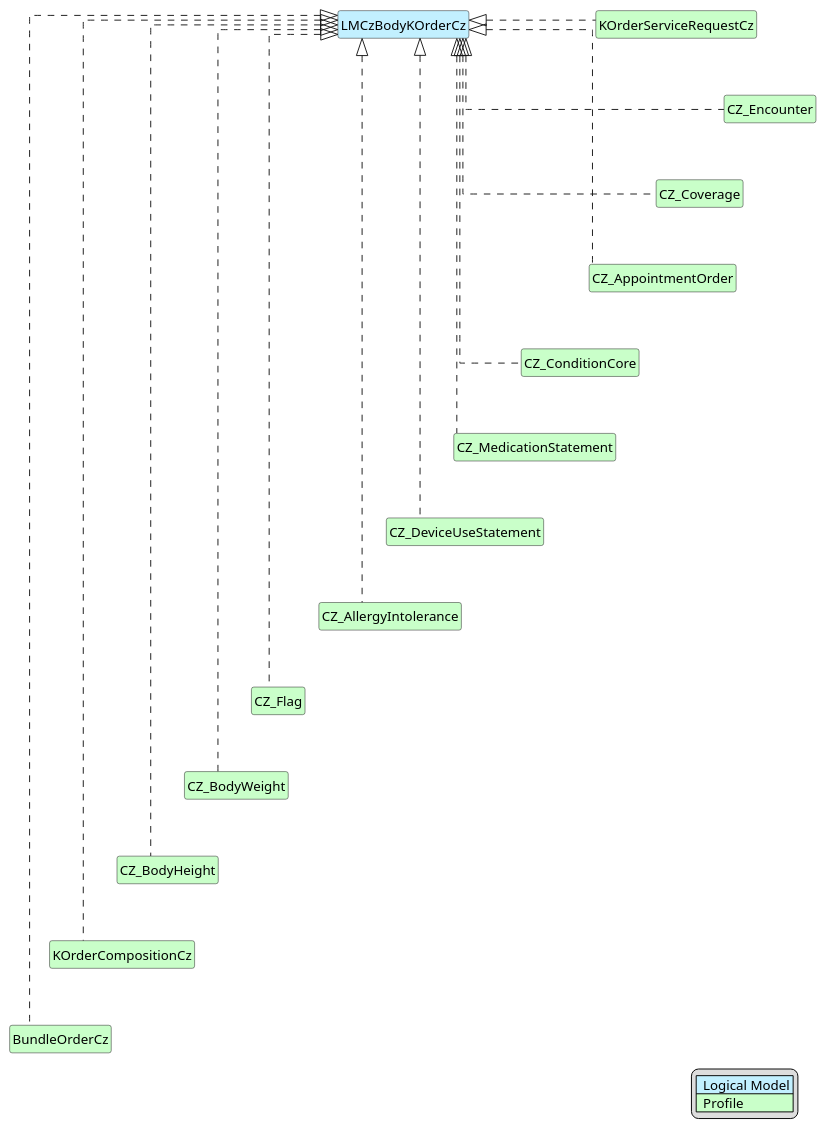
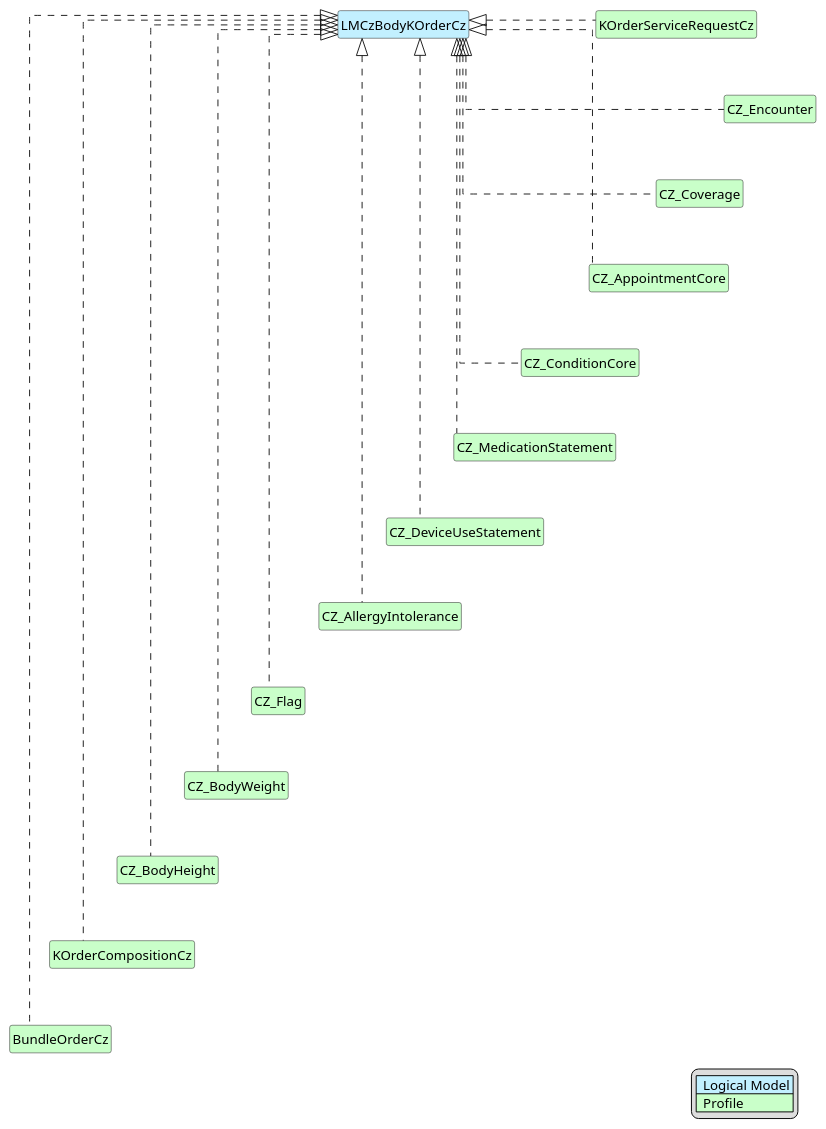
One commit to HL7-cz/k-order changed the diagram in input/images-source/K-Body-map.plantuml. Above: the diagram before and after it, drawn with PlantUML. The commit also changed 30 other files, not shown here.

```diff
--- a/input/images-source/K-Body-map.plantuml
+++ b/input/images-source/K-Body-map.plantuml
@@ -1,73 +1,73 @@
 @startuml
 
 hide circle
 hide stereotype
 hide members
 hide methods
 
 skinparam linetype ortho
 
 skinparam class {
 BackgroundColor<<LogicalModel>> #APPLICATION
 BackgroundColor<<Profile>> #TECHNOLOGY
 }
 
 legend right
 | <#APPLICATION>  Logical Model |
 | <#TECHNOLOGY>  Profile |
 endlegend
 
 class "LMCzBodyKOrderCz" <<LogicalModel>> [[StructureDefinition-LMBodyKOrder.html]]
 
 class "KOrderServiceRequestCz" <<Profile>> [[StructureDefinition-KOrderServiceRequestCz.html]]
 "LMCzBodyKOrderCz" <|. "KOrderServiceRequestCz"
 
 class "CZ_Encounter" <<Profile>> [[https://hl7.cz/fhir/core/StructureDefinition-encounter-cz-core.html]]
 "LMCzBodyKOrderCz" <|. "CZ_Encounter"
 "KOrderServiceRequestCz" -d[hidden]-> "CZ_Encounter"
 
 class "CZ_Coverage" <<Profile>> [[https://hl7.cz/fhir/core/StructureDefinition-cz-coverage.html]]
 "LMCzBodyKOrderCz" <|. "CZ_Coverage"
 "CZ_Encounter" -d[hidden]-> "CZ_Coverage"
 
-class "CZ_AppointmentOrder" <<Profile>> [[StructureDefinition-cz-appointmentOrder.html]]
-"LMCzBodyKOrderCz" <|. "CZ_AppointmentOrder"
-"CZ_Coverage" -d[hidden]-> "CZ_AppointmentOrder"
+class "CZ_AppointmentCore" <<Profile>> [[https://hl7.cz/fhir/core/StructureDefinition-appointment-cz-core.html]]
+"LMCzBodyKOrderCz" <|. "CZ_AppointmentCore"
+"CZ_Coverage" -d[hidden]-> "CZ_AppointmentCore"
 
 class "CZ_ConditionCore" <<Profile>> [[https://hl7.cz/fhir/core/StructureDefinition-condition-cz-core.html]]
 "LMCzBodyKOrderCz" <|. "CZ_ConditionCore"
-"CZ_AppointmentOrder" -d[hidden]-> "CZ_ConditionCore"
+"CZ_AppointmentCore" -d[hidden]-> "CZ_ConditionCore"
 
 class "CZ_MedicationStatement" <<Profile>> [[https://hl7.cz/fhir/core/StructureDefinition-medicationStatement-cz-core.html]]
 "LMCzBodyKOrderCz" <|. "CZ_MedicationStatement"
 "CZ_ConditionCore" -d[hidden]-> "CZ_MedicationStatement"
 
 class "CZ_DeviceUseStatement" <<Profile>> [[StructureDefinition-cz-deviceUseStatement.html]]
 "LMCzBodyKOrderCz" <|. "CZ_DeviceUseStatement"
 "CZ_MedicationStatement" -d[hidden]-> "CZ_DeviceUseStatement"
 
 class "CZ_AllergyIntolerance" <<Profile>> [[https://hl7.cz/fhir/core/StructureDefinition-allergyIntolerance-cz-core.html]]
 "LMCzBodyKOrderCz" <|. "CZ_AllergyIntolerance"
 "CZ_DeviceUseStatement" -d[hidden]-> "CZ_AllergyIntolerance"
 
 class "CZ_Flag" <<Profile>> [[StructureDefinition-cz-flag.html]]
 "LMCzBodyKOrderCz" <|. "CZ_Flag"
 "CZ_AllergyIntolerance" -d[hidden]-> "CZ_Flag"
 
 class "CZ_BodyWeight" <<Profile>> [[StructureDefinition-cz-bodyweight.html]]
 "LMCzBodyKOrderCz" <|. "CZ_BodyWeight"
 "CZ_Flag" -d[hidden]-> "CZ_BodyWeight"
 
 class "CZ_BodyHeight" <<Profile>> [[StructureDefinition-cz-bodyheight.html]]
 "LMCzBodyKOrderCz" <|. "CZ_BodyHeight"
 "CZ_BodyWeight" -d[hidden]-> "CZ_BodyHeight"
 
 class "KOrderCompositionCz" <<Profile>> [[StructureDefinition-KOrderCompositionCz.html]]
 "LMCzBodyKOrderCz" <|. "KOrderCompositionCz"
 "CZ_BodyHeight" -d[hidden]-> "KOrderCompositionCz"
 
 class "BundleOrderCz" <<Profile>> [[StructureDefinition-BundleOrderCz.html]]
 "LMCzBodyKOrderCz" <|. "BundleOrderCz"
 "KOrderCompositionCz" -d[hidden]-> "BundleOrderCz"
 
 @enduml
```
